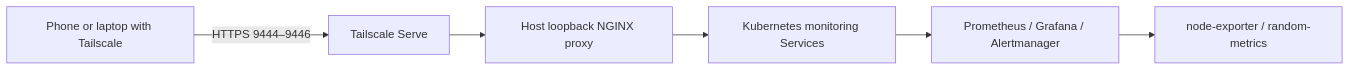
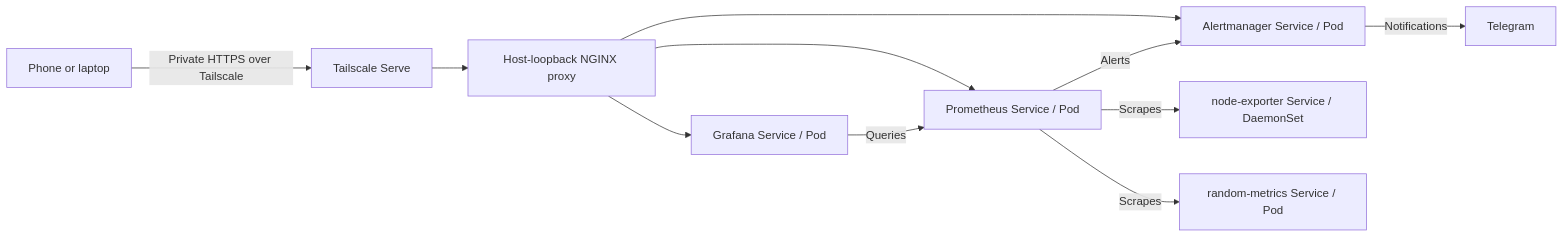
The diagram in README.md (Juaaanits/homelab), drawn with Mermaid before and after one commit. The commit also changed other lines of this file and 4 other files, not shown here.

Commit message:
docs: centralize project reference and roadmap in README

````diff
--- a/README.md
+++ b/README.md
@@ -33,8 +43,13 @@
 ```mermaid
 flowchart LR
-    D[Phone or laptop with Tailscale] -->|HTTPS 9444–9446| T[Tailscale Serve]
-    T --> L[Host loopback NGINX proxy]
-    L --> S[Kubernetes monitoring Services]
-    S --> P[Prometheus / Grafana / Alertmanager]
-    P --> E[node-exporter / random-metrics]
+    USER[Phone or laptop] -->|Private HTTPS over Tailscale| SERVE[Tailscale Serve]
+    SERVE --> PROXY[Host-loopback NGINX proxy]
+    PROXY --> PROM[Prometheus Service / Pod]
+    PROXY --> GRAF[Grafana Service / Pod]
+    PROXY --> ALERT[Alertmanager Service / Pod]
+    GRAF -->|Queries| PROM
+    PROM -->|Scrapes| NODE[node-exporter Service / DaemonSet]
+    PROM -->|Scrapes| APP[random-metrics Service / Pod]
+    PROM -->|Alerts| ALERT
+    ALERT -->|Notifications| TG[Telegram]
 ```
````
